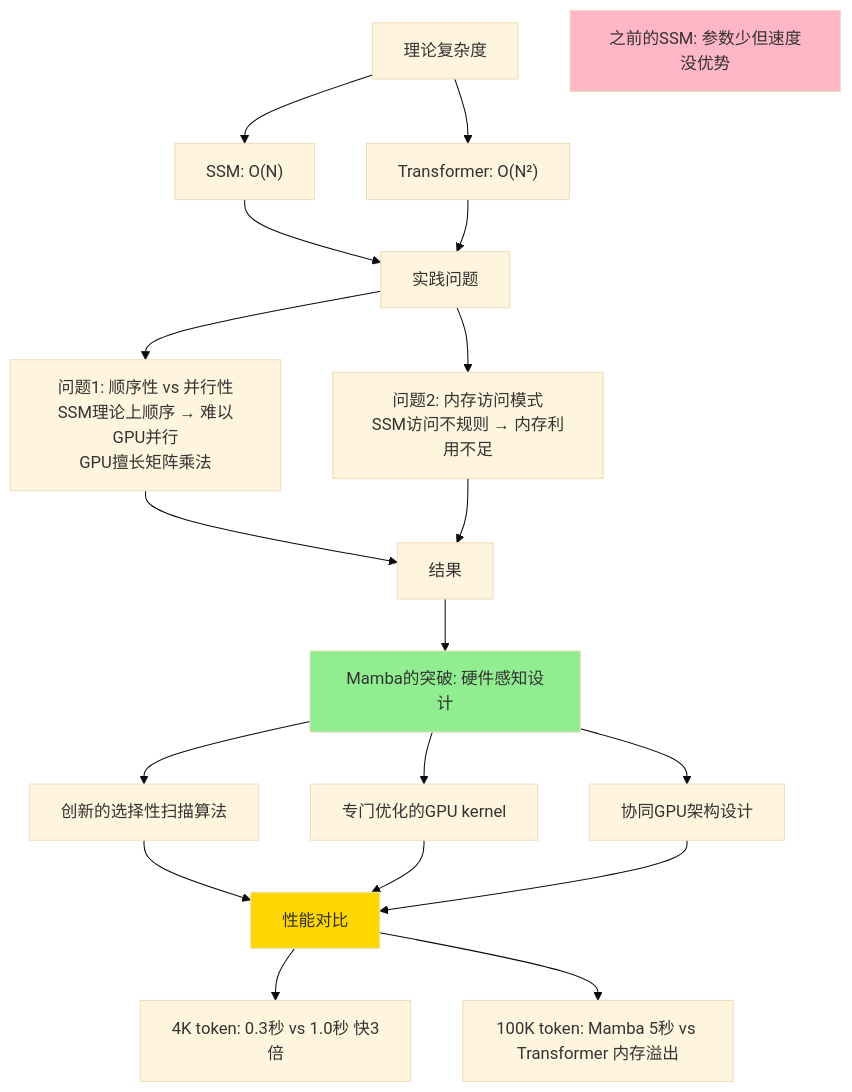
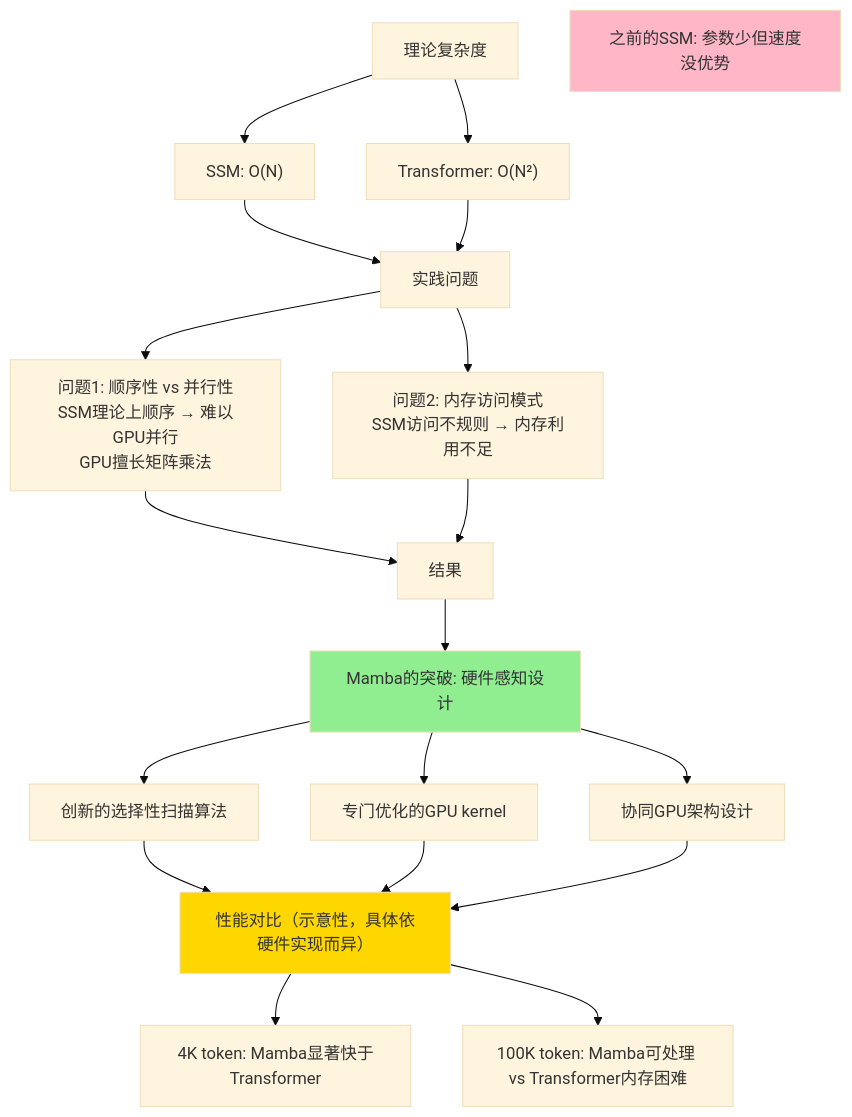
The third of 5 diagrams in 08_new_architectures/8.2_ssm_basics.md (changsongyang/ai_beginner_guide), drawn with Mermaid (base theme) before and after one commit. The commit also changed 10 other files, not shown here.

````diff
--- a/08_new_architectures/8.2_ssm_basics.md
+++ b/08_new_architectures/8.2_ssm_basics.md
@@ -144,35 +144,35 @@
 ```mermaid
 graph TD
     A["理论复杂度"]
     A1["SSM: O(N)"]
     A2["Transformer: O(N²)"]
 
     B["实践问题"]
     B1["问题1: 顺序性 vs 并行性<br/>SSM理论上顺序 → 难以GPU并行<br/>GPU擅长矩阵乘法"]
     B2["问题2: 内存访问模式<br/>SSM访问不规则 → 内存利用不足"]
 
     C["结果"]
     C1["之前的SSM: 参数少但速度没优势"]
 
     D["Mamba的突破: 硬件感知设计"]
     D1["创新的选择性扫描算法"]
     D2["专门优化的GPU kernel"]
     D3["协同GPU架构设计"]
 
-    E["性能对比"]
-    E1["4K token: 0.3秒 vs 1.0秒 快3倍"]
-    E2["100K token: Mamba 5秒 vs Transformer 内存溢出"]
+    E["性能对比（示意性，具体依硬件实现而异）"]
+    E1["4K token: Mamba显著快于Transformer"]
+    E2["100K token: Mamba可处理 vs Transformer内存困难"]
 
     A --> A1 & A2
     A1 & A2 --> B
     B --> B1 & B2
     B1 & B2 --> C
     C --> D
     D --> D1 & D2 & D3
     D1 & D2 & D3 --> E
     E --> E1 & E2
 
     style C1 fill:#FFB6C6
     style D fill:#90EE90
     style E fill:#FFD700
 ```
````
